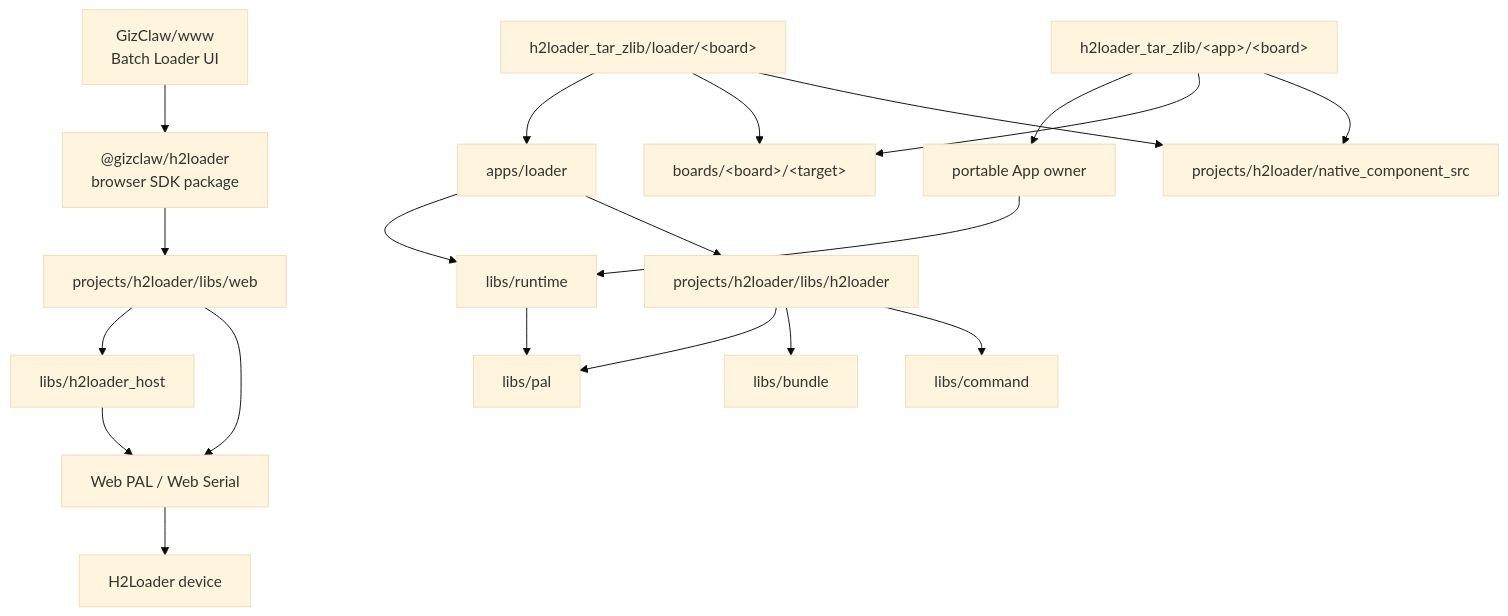
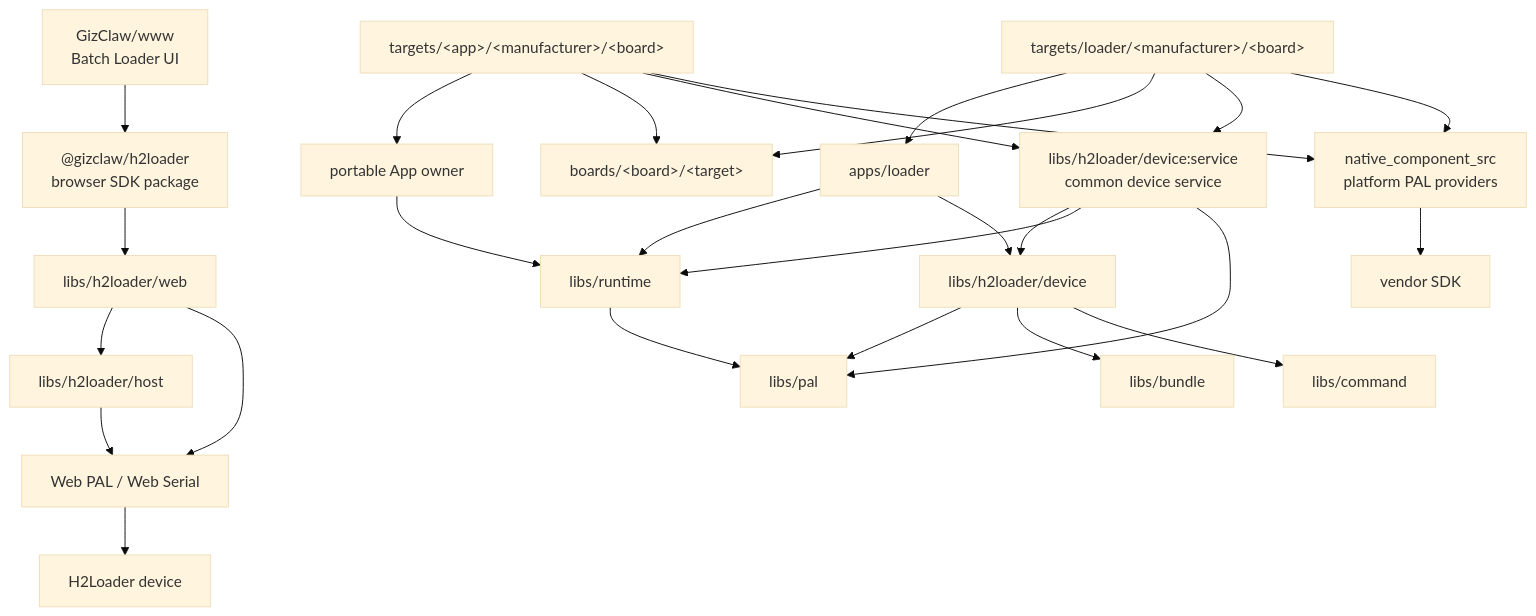
One commit to GizClaw/gizos changed the second of 2 diagrams in guides/apps/h2loader/index.md. Above: the diagram before and after it, drawn with Mermaid (base theme). The commit also changed other lines of this file and 3087 other files, not shown here.

First line of the commit message:
refactor: consolidate firmware ownership and H2Loader PAL boundaries

````diff
--- a/guides/apps/h2loader/index.md
+++ b/guides/apps/h2loader/index.md
@@ -142,22 +120,28 @@
 ```mermaid
 flowchart TD
     Batch["GizClaw/www<br/>Batch Loader UI"] --> NpmSDK["@gizclaw/h2loader<br/>browser SDK package"]
-    NpmSDK --> WebSDK["projects/h2loader/libs/web"]
-    WebSDK --> HostCore["libs/h2loader_host"]
+    NpmSDK --> WebSDK["libs/h2loader/web"]
+    WebSDK --> HostCore["libs/h2loader/host"]
     WebSDK --> WebPAL["Web PAL / Web Serial"]
     WebPAL --> Loader["H2Loader device"]
     HostCore --> WebPAL
-    H2Main["h2loader_tar_zlib/loader/&lt;board&gt;"] --> LoaderApp["apps/loader"]
-    AppMain["h2loader_tar_zlib/&lt;app&gt;/&lt;board&gt;"] --> PortableApp["portable App owner"]
+    H2Main["targets/loader/&lt;manufacturer&gt;/&lt;board&gt;"] --> LoaderApp["apps/loader"]
+    AppMain["targets/&lt;app&gt;/&lt;manufacturer&gt;/&lt;board&gt;"] --> PortableApp["portable App owner"]
     H2Main --> BSP["boards/&lt;board&gt;/&lt;target&gt;"]
     AppMain --> BSP
-    H2Main --> ProjectComponents["projects/h2loader/native_component_src"]
-    AppMain --> ProjectComponents
+    H2Main --> Services["libs/h2loader/device:service<br/>common device service"]
+    AppMain --> Services
+    H2Main --> Providers["native_component_src<br/>platform PAL providers"]
+    AppMain --> Providers
+    Services --> Common
+    Services --> Runtime
+    Services --> PAL
+    Providers --> SDK["vendor SDK"]
     LoaderApp --> Runtime["libs/runtime"]
     PortableApp --> Runtime
-    LoaderApp --> Common["projects/h2loader/libs/h2loader"]
+    LoaderApp --> Common["libs/h2loader/device"]
     Runtime --> PAL["libs/pal"]
     Common --> PAL
     Common --> Bundle["libs/bundle"]
     Common --> Command["libs/command"]
 ```
````
